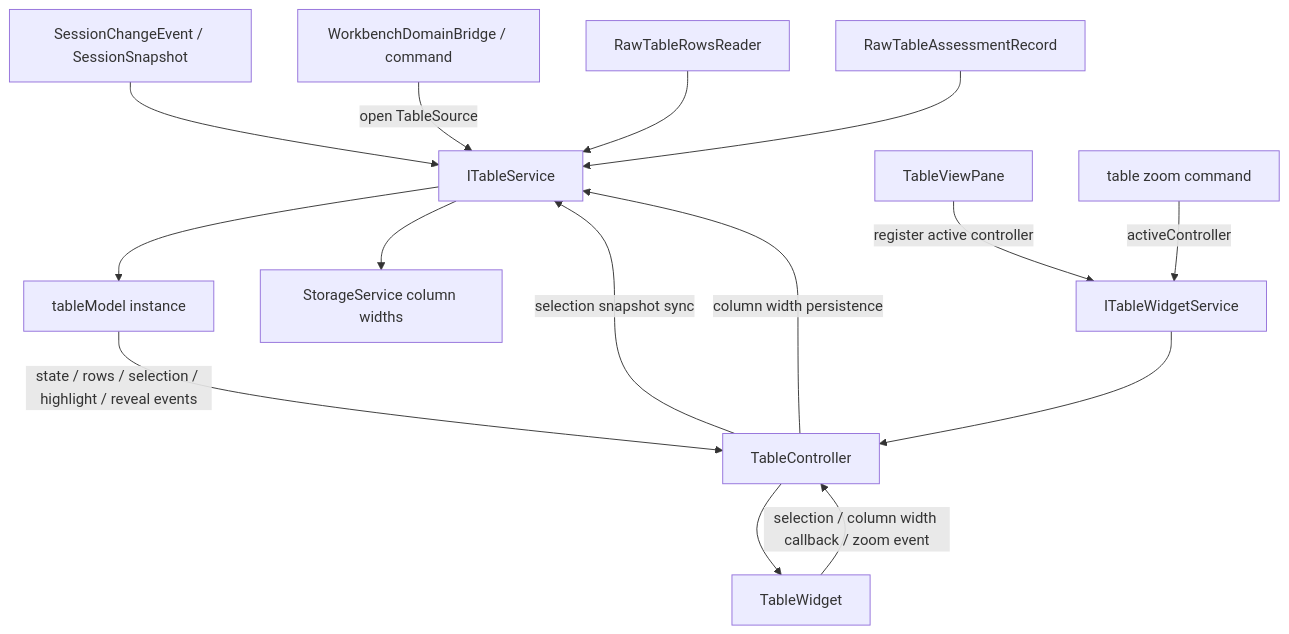
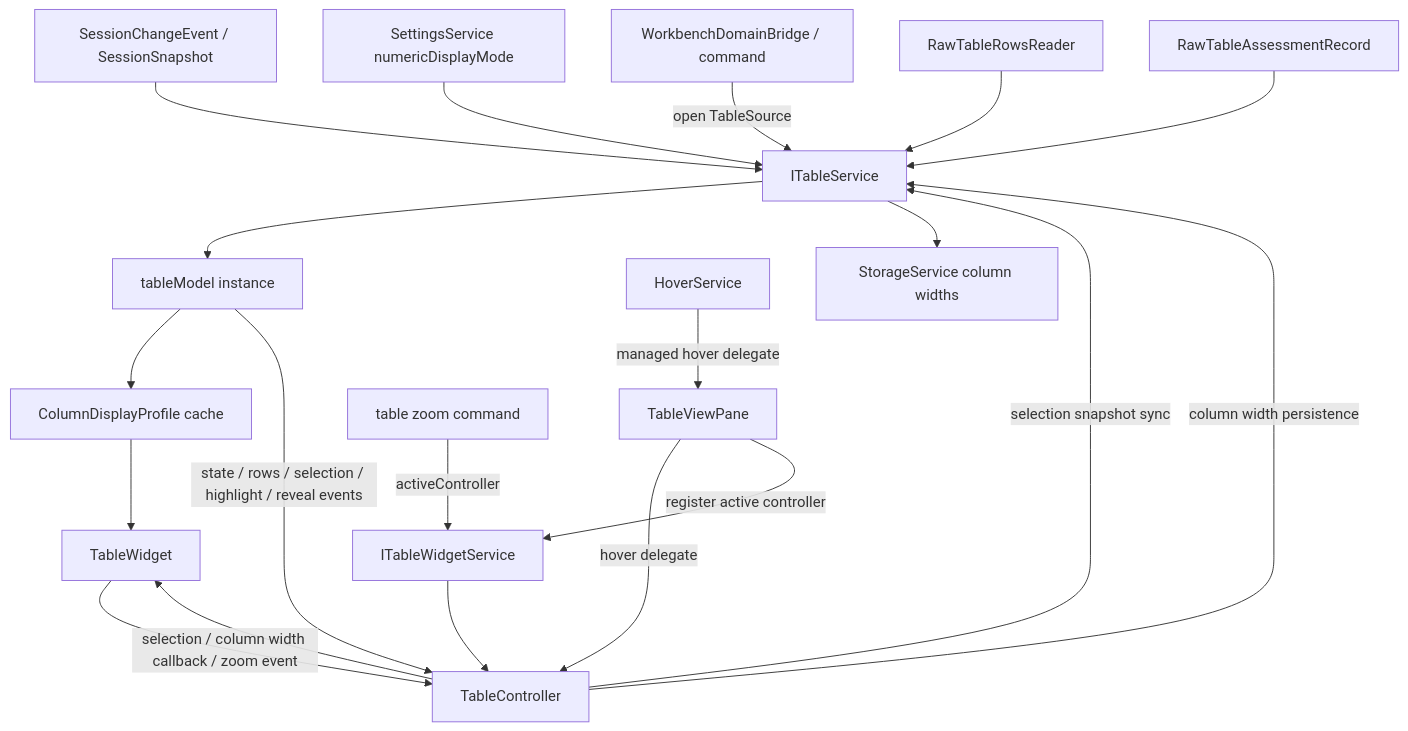
One commit to chogng/conductor changed the diagram in .github/instructions/table.instructions.md. Above: the diagram before and after it, drawn with Mermaid. The commit also changed other lines of this file and 26 other files, not shown here.

First line of the commit message:
feat: add column-scale numeric table display

````diff
--- a/.github/instructions/table.instructions.md
+++ b/.github/instructions/table.instructions.md
@@ -62,17 +66,22 @@
 ```mermaid
 flowchart TD
     Session[SessionChangeEvent / SessionSnapshot] --> TableService[ITableService]
+    Settings[SettingsService numericDisplayMode] --> TableService
     Bridge[WorkbenchDomainBridge / command] -->|open TableSource| TableService
     Rows[RawTableRowsReader] --> TableService
     Assessment[RawTableAssessmentRecord] --> TableService
     TableService --> TableModel[tableModel instance]
+    TableModel --> DisplayProfile[ColumnDisplayProfile cache]
     TableModel -->|state / rows / selection / highlight / reveal events| TableController[TableController]
     TableController --> TableWidget[TableWidget]
+    DisplayProfile --> TableWidget
+    HoverService[HoverService] -->|managed hover delegate| TableViewPane
+    TableViewPane -->|hover delegate| TableController
     TableWidget -->|selection / column width callback / zoom event| TableController
     TableViewPane[TableViewPane] -->|register active controller| TableWidgetService[ITableWidgetService]
     TableCommand[table zoom command] -->|activeController| TableWidgetService
     TableWidgetService --> TableController
     TableController -->|selection snapshot sync| TableService
     TableController -->|column width persistence| TableService
     TableService --> Storage[StorageService column widths]
 ```
````
